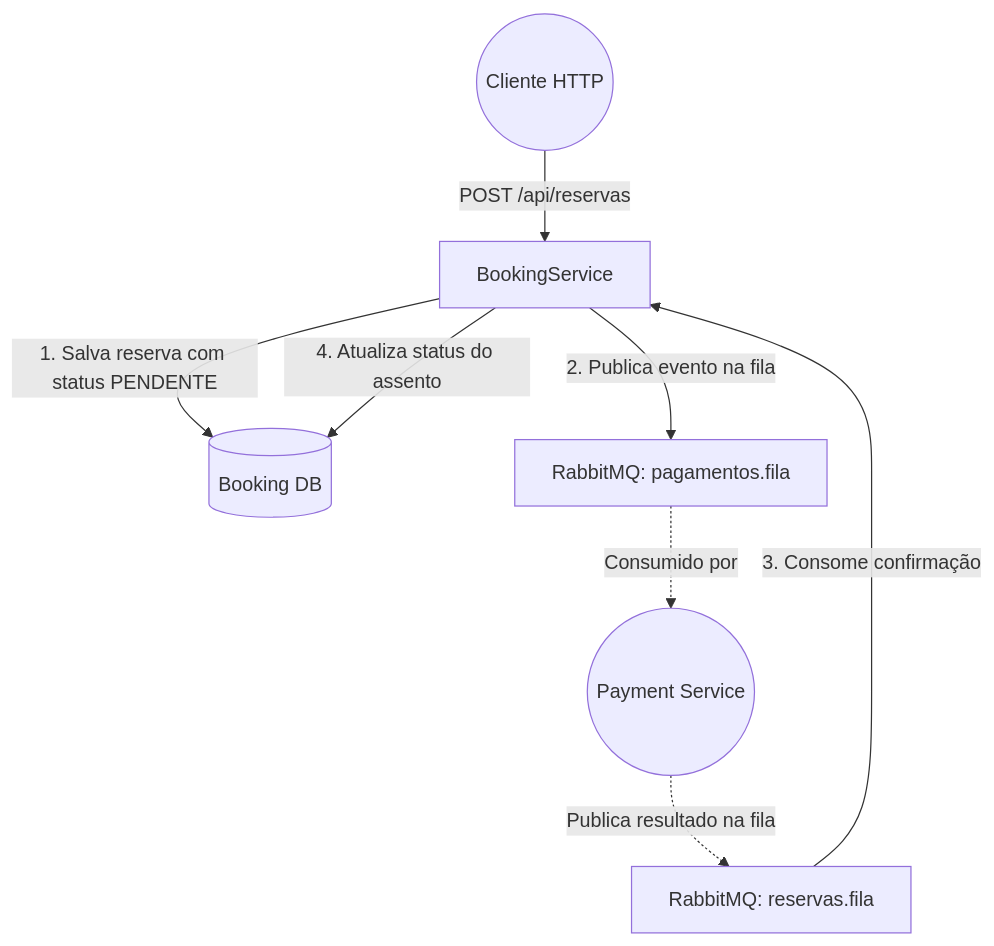
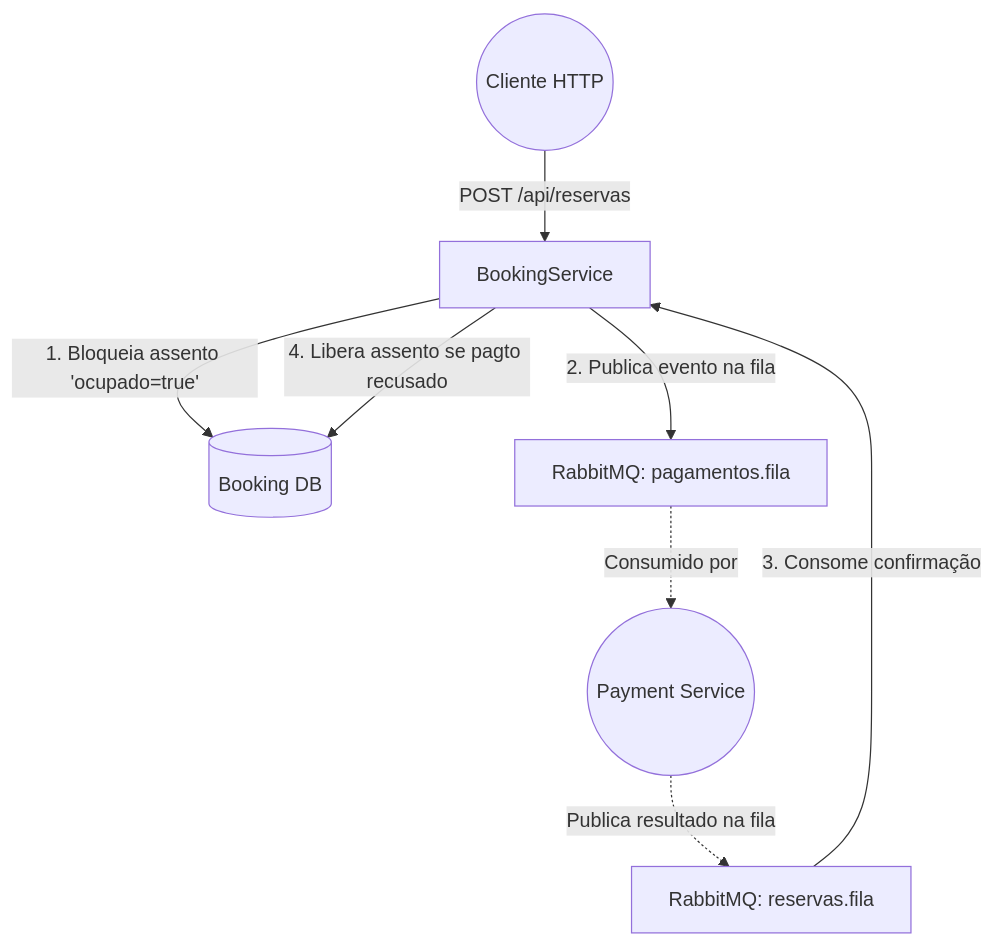
Before and after one commit to ArturRossiJunior/booking-service: the diagram in README.md, drawn with Mermaid.

Commit message:
Correção readme

````diff
--- a/README.md
+++ b/README.md
@@ -32,10 +32,10 @@
 ```mermaid
 graph TD
     Client((Cliente HTTP)) -->|POST /api/reservas| BookingService
-    BookingService -->|1. Salva reserva com status PENDENTE| BookingDB[(Booking DB)]
+    BookingService -->|1. Bloqueia assento 'ocupado=true'| BookingDB[(Booking DB)]
     BookingService -->|2. Publica evento na fila| Q1[RabbitMQ: pagamentos.fila]
     Q1 -.->|Consumido por| PaymentService((Payment Service))
     PaymentService -.->|Publica resultado na fila| Q2[RabbitMQ: reservas.fila]
     Q2 -->|3. Consome confirmação| BookingService
-    BookingService -->|4. Atualiza status do assento| BookingDB
+    BookingService -->|4. Libera assento se pagto recusado| BookingDB
 ```
````
